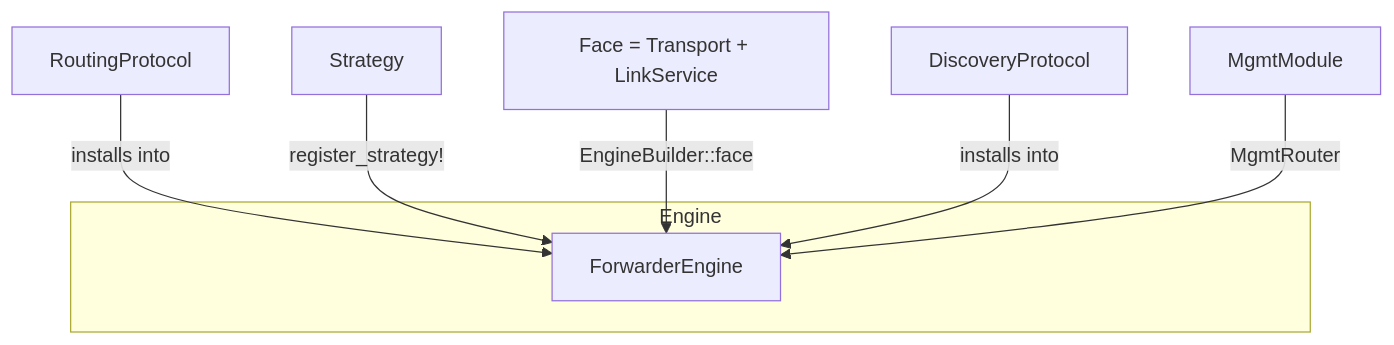
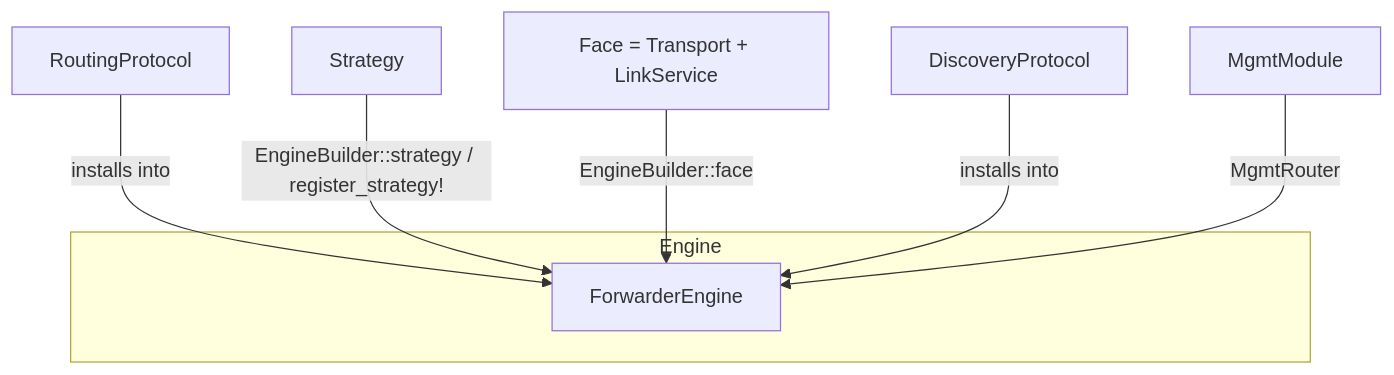
One commit to Quarmire/ndn-rs changed the diagram in docs/wiki/src/api/extend.md. Above: the diagram before and after it, drawn with Mermaid. The commit also changed other lines of this file and 11 other files, not shown here.

````diff
--- a/docs/wiki/src/api/extend.md
+++ b/docs/wiki/src/api/extend.md
@@ -8,11 +8,11 @@
 ```mermaid
 graph TB
     subgraph Engine
         E[ForwarderEngine]
     end
     R[RoutingProtocol] -->|installs into| E
-    S[Strategy] -->|register_strategy!| E
+    S[Strategy] -->|EngineBuilder::strategy / register_strategy!| E
     F[Face = Transport + LinkService] -->|EngineBuilder::face| E
     D[DiscoveryProtocol] -->|installs into| E
     M[MgmtModule] -->|MgmtRouter| E
 ```
````
